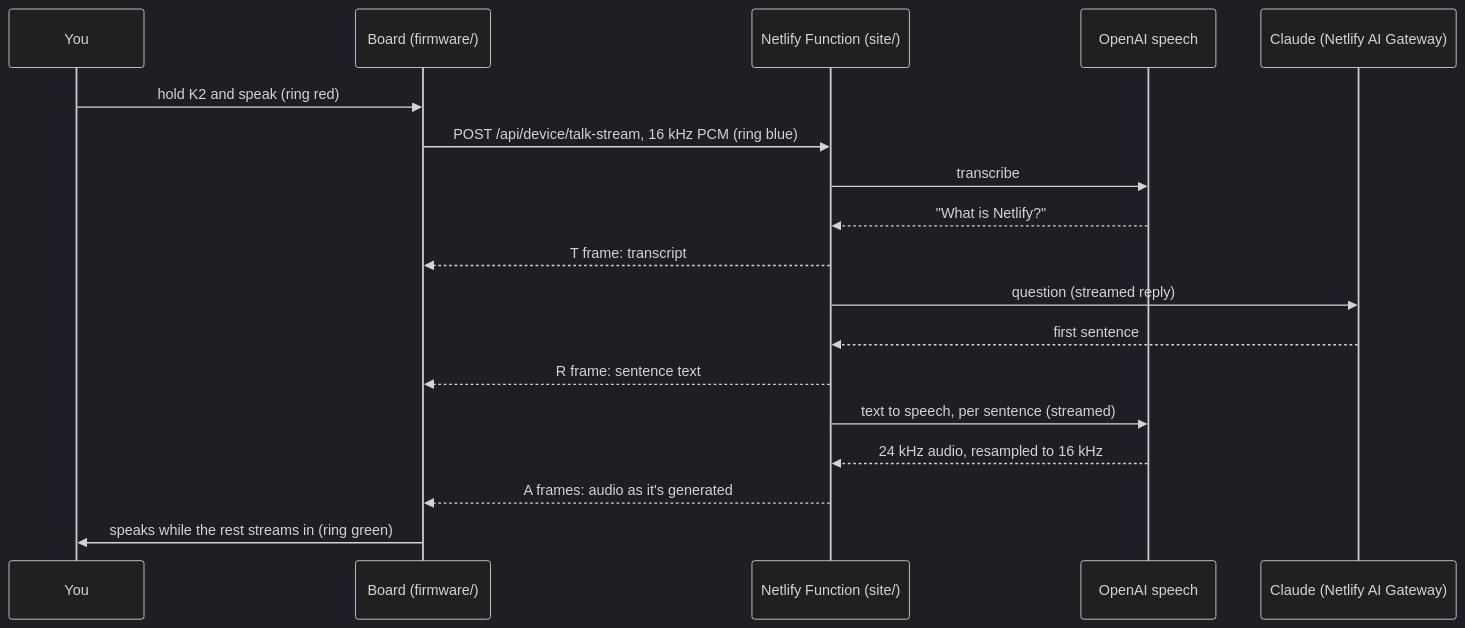
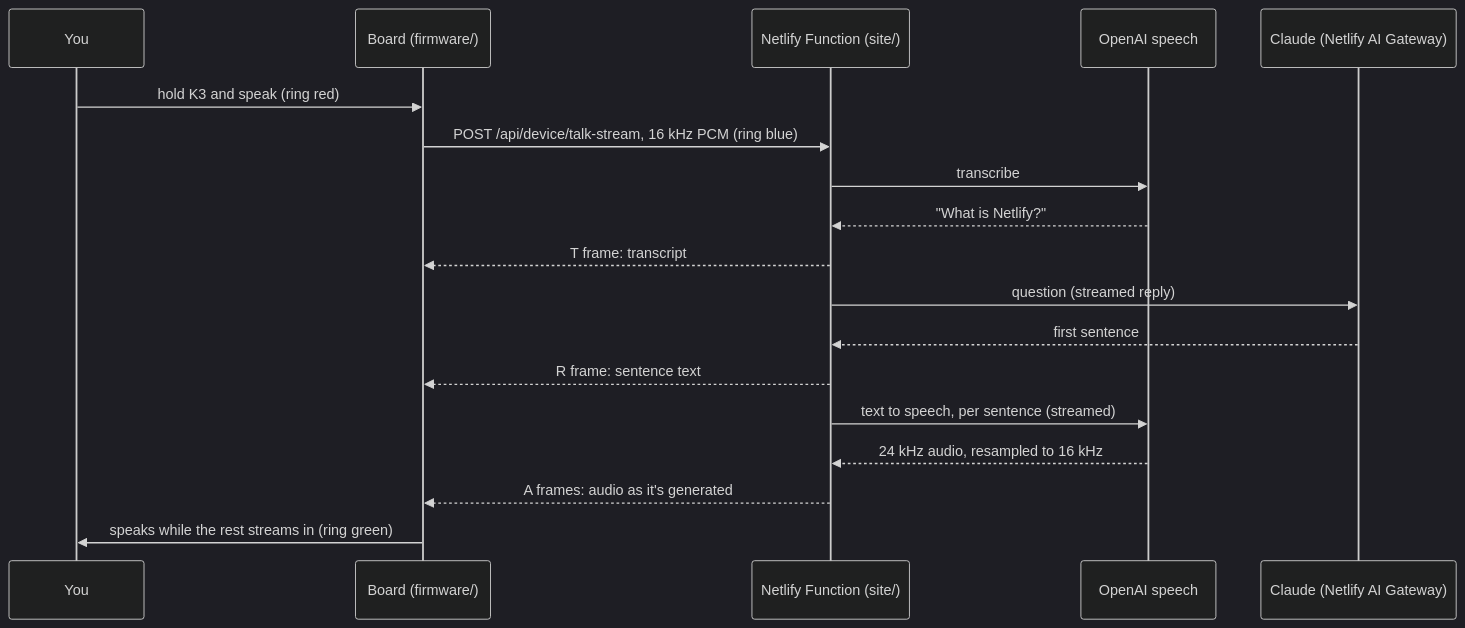
The diagram in README.md (bridgpal/smart-esp32), drawn with Mermaid (dark theme) before and after one commit. The commit also changed other lines of this file and 3 other files, not shown here.

````diff
--- a/README.md
+++ b/README.md
@@ -22,21 +22,21 @@
 ```mermaid
 sequenceDiagram
     participant U as You
     participant B as Board (firmware/)
     participant N as Netlify Function (site/)
     participant O as OpenAI speech
     participant C as Claude (Netlify AI Gateway)
 
-    U->>B: hold K2 and speak (ring red)
+    U->>B: hold K3 and speak (ring red)
     B->>N: POST /api/device/talk-stream, 16 kHz PCM (ring blue)
     N->>O: transcribe
     O-->>N: "What is Netlify?"
     N-->>B: T frame: transcript
     N->>C: question (streamed reply)
     C-->>N: first sentence
     N-->>B: R frame: sentence text
     N->>O: text to speech, per sentence (streamed)
     O-->>N: 24 kHz audio, resampled to 16 kHz
     N-->>B: A frames: audio as it's generated
     B->>U: speaks while the rest streams in (ring green)
 ```
````
